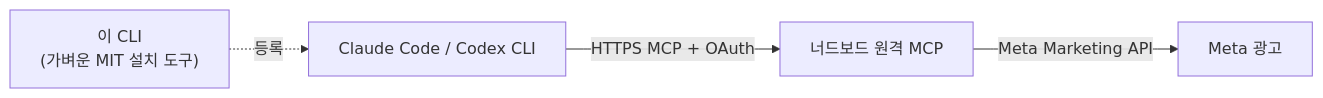
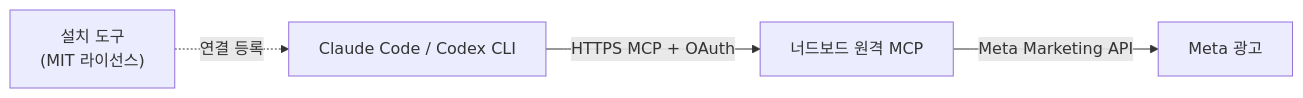
Before and after one commit to nerdlab-dev/meta-ads-mcp: the diagram in README.md, drawn with Mermaid. The commit also changed other lines of this file and 4 other files, not shown here.

````diff
--- a/README.md
+++ b/README.md
@@ -69,6 +69,6 @@
 ```mermaid
 flowchart LR
-    installer["이 CLI<br/>(가벼운 MIT 설치 도구)"] -. 등록 .-> client
+    installer["설치 도구<br/>(MIT 라이선스)"] -. 연결 등록 .-> client
     client["Claude Code / Codex CLI"] -- "HTTPS MCP + OAuth" --> server["너드보드 원격 MCP"]
     server -- "Meta Marketing API" --> meta["Meta 광고"]
 ```
````
